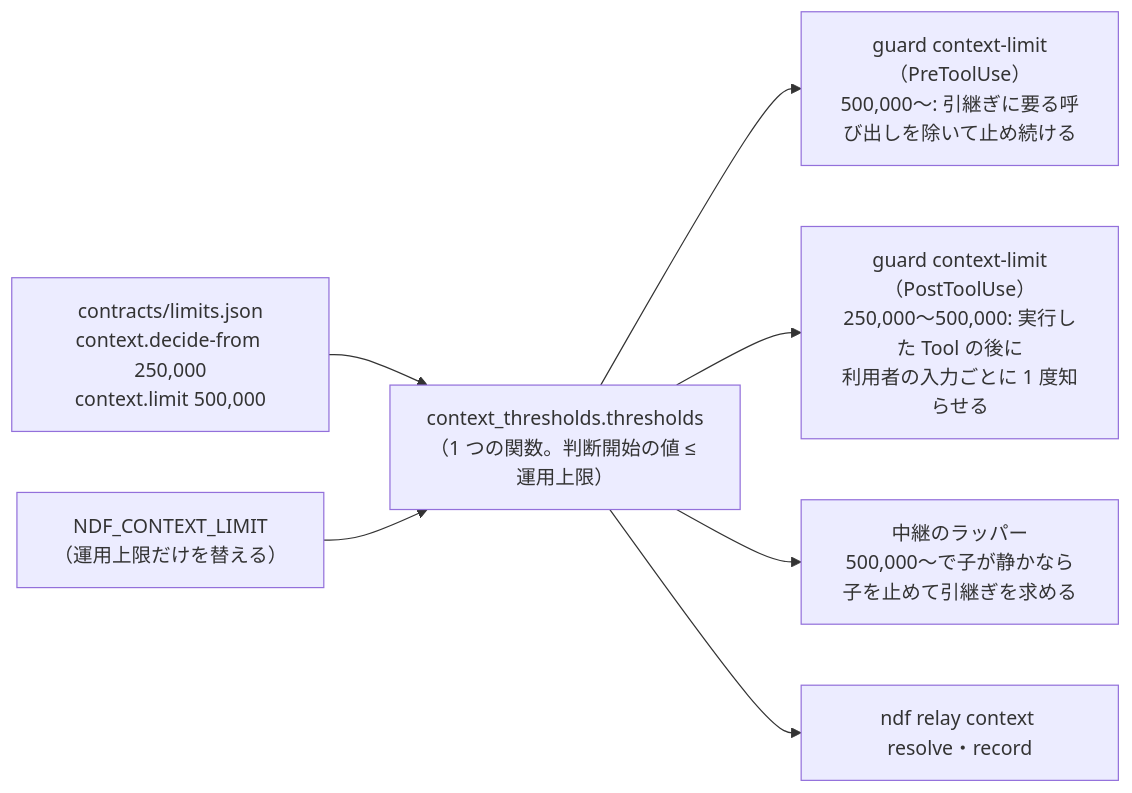
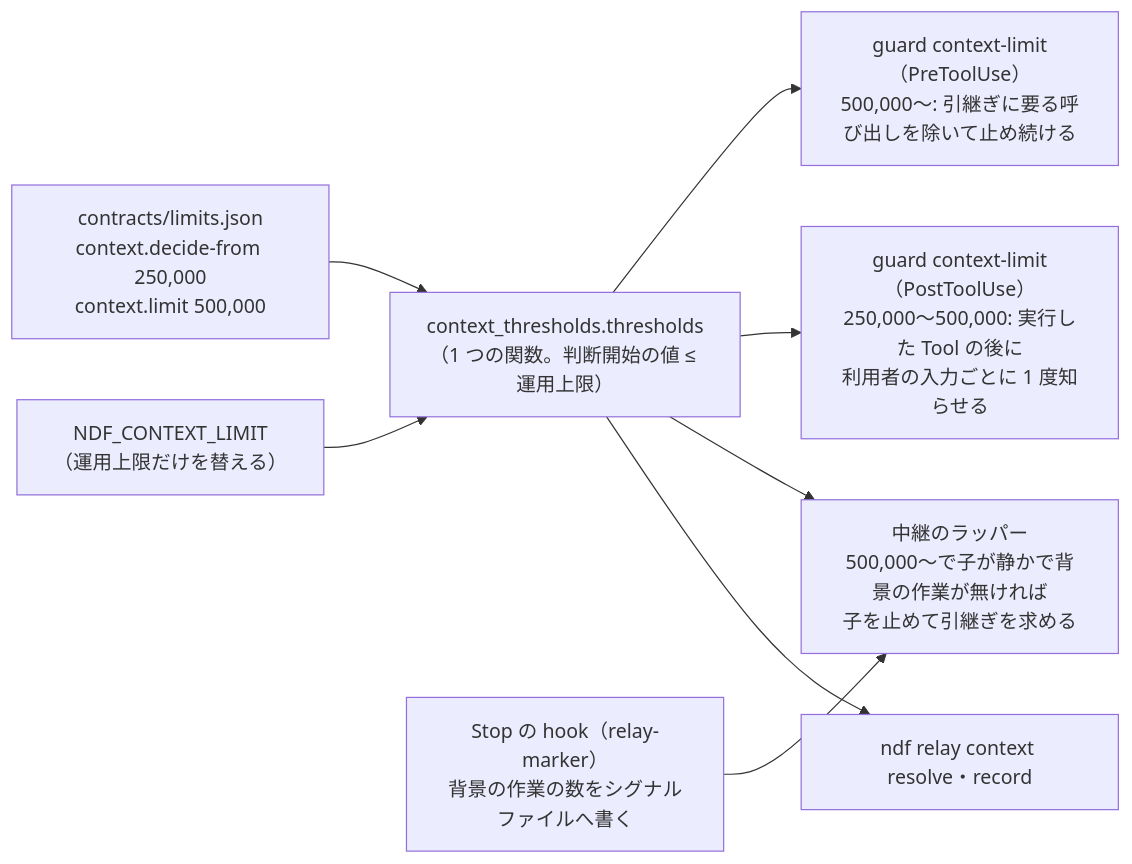
One commit to devbasex/ai-plugins changed the second of 4 diagrams in issues/issue-3995-design.md. Above: the diagram before and after it, drawn with Mermaid. The commit also changed other lines of this file and 1 other file, not shown here.

````diff
--- a/issues/issue-3995-design.md
+++ b/issues/issue-3995-design.md
@@ -60,16 +62,18 @@
 ```mermaid
 flowchart LR
   L["contracts/limits.json<br>context.decide-from 250,000<br>context.limit 500,000"]
   E["NDF_CONTEXT_LIMIT<br>（運用上限だけを替える）"]
   T["context_thresholds.thresholds<br>（1 つの関数。判断開始の値 ≤ 運用上限）"]
   G1["guard context-limit（PreToolUse）<br>500,000〜: 引継ぎに要る呼び出しを除いて止め続ける"]
   G2["guard context-limit（PostToolUse）<br>250,000〜500,000: 実行した Tool の後に<br>利用者の入力ごとに 1 度知らせる"]
-  W["中継のラッパー<br>500,000〜で子が静かなら子を止めて引継ぎを求める"]
+  W["中継のラッパー<br>500,000〜で子が静かで背景の作業が無ければ<br>子を止めて引継ぎを求める"]
+  B["Stop の hook（relay-marker）<br>背景の作業の数をシグナルファイルへ書く"]
+  B --> W
   R["ndf relay context resolve・record"]
   L --> T
   E --> T
   T --> G1
   T --> G2
   T --> W
   T --> R
 ```
````
